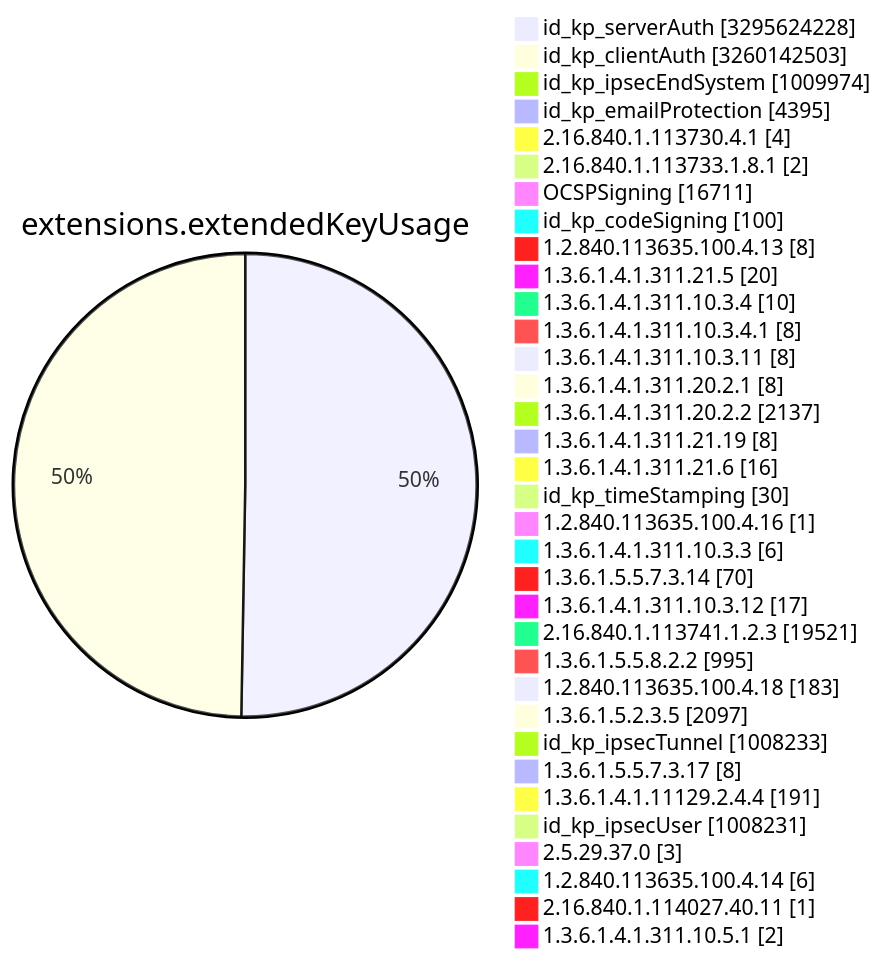
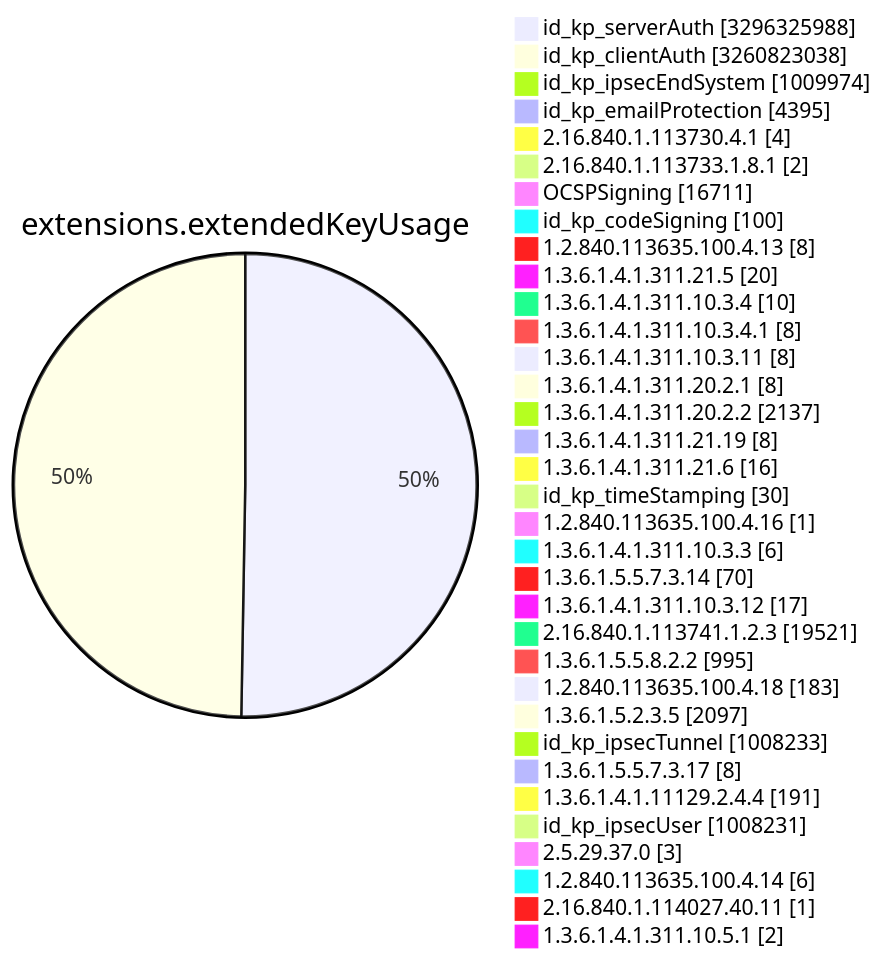
One commit to christiankrug/ctmonitor_visualization changed diagram 11 of 15 in TOTAL/README.md. Above: the diagram before and after it, drawn with Mermaid. The commit also changed other lines of this file, not shown here.

````diff
--- a/TOTAL/README.md
+++ b/TOTAL/README.md
@@ -4120,38 +4120,38 @@
 ```mermaid
 pie showData
 title extensions.extendedKeyUsage
-"id_kp_serverAuth" :3295624228
-"id_kp_clientAuth" :3260142503
+"id_kp_serverAuth" :3296325988
+"id_kp_clientAuth" :3260823038
 "id_kp_ipsecEndSystem" :1009974
 "id_kp_emailProtection" :4395
 "2.16.840.1.113730.4.1" :4
 "2.16.840.1.113733.1.8.1" :2
 "OCSPSigning" :16711
 "id_kp_codeSigning" :100
 "1.2.840.113635.100.4.13" :8
 "1.3.6.1.4.1.311.21.5" :20
 "1.3.6.1.4.1.311.10.3.4" :10
 "1.3.6.1.4.1.311.10.3.4.1" :8
 "1.3.6.1.4.1.311.10.3.11" :8
 "1.3.6.1.4.1.311.20.2.1" :8
 "1.3.6.1.4.1.311.20.2.2" :2137
 "1.3.6.1.4.1.311.21.19" :8
 "1.3.6.1.4.1.311.21.6" :16
 "id_kp_timeStamping" :30
 "1.2.840.113635.100.4.16" :1
 "1.3.6.1.4.1.311.10.3.3" :6
 "1.3.6.1.5.5.7.3.14" :70
 "1.3.6.1.4.1.311.10.3.12" :17
 "2.16.840.1.113741.1.2.3" :19521
 "1.3.6.1.5.5.8.2.2" :995
 "1.2.840.113635.100.4.18" :183
 "1.3.6.1.5.2.3.5" :2097
 "id_kp_ipsecTunnel" :1008233
 "1.3.6.1.5.5.7.3.17" :8
 "1.3.6.1.4.1.11129.2.4.4" :191
 "id_kp_ipsecUser" :1008231
 "2.5.29.37.0" :3
 "1.2.840.113635.100.4.14" :6
 "2.16.840.1.114027.40.11" :1
 "1.3.6.1.4.1.311.10.5.1" :2
 ```
````
